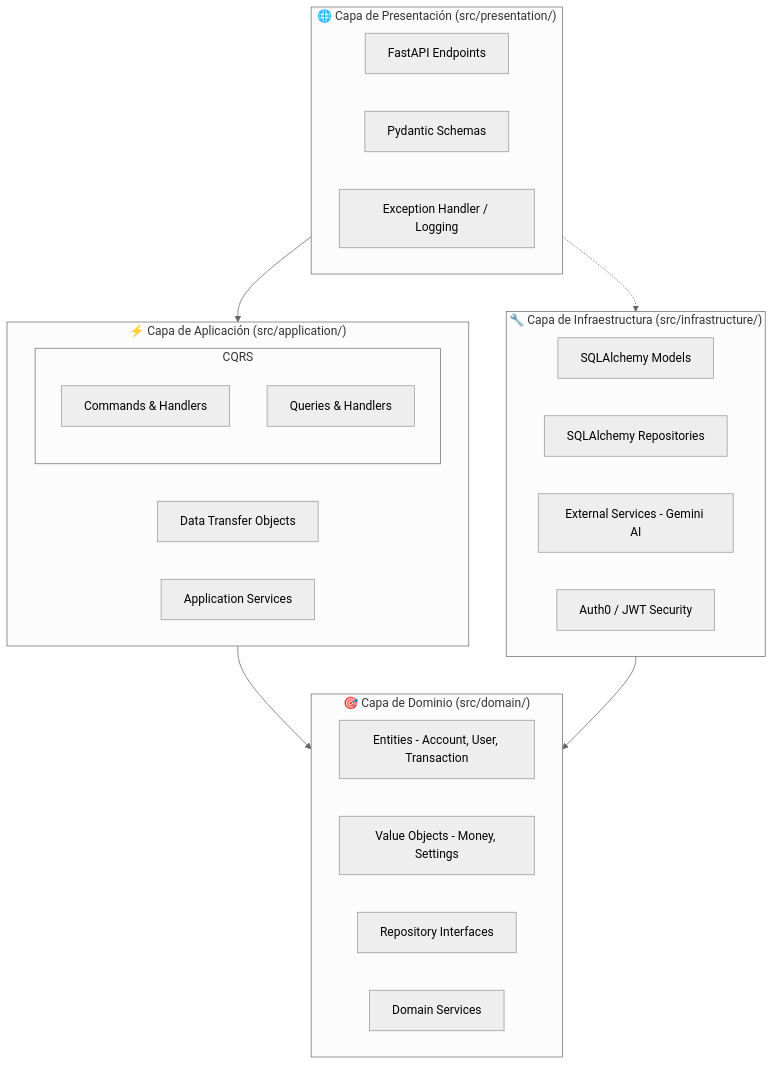
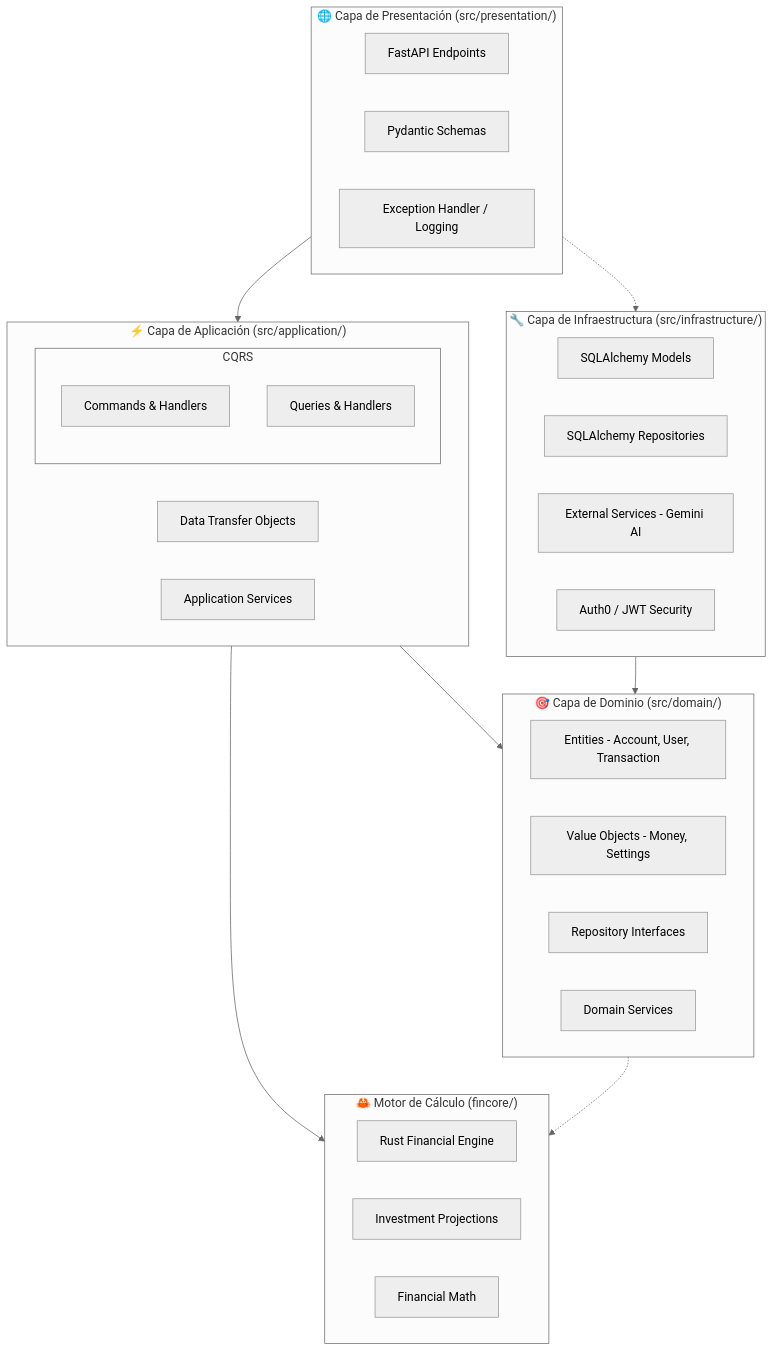
The first of 5 diagrams in docs/ARCHITECTURE.md (DiegoDG-01/LunanceIA), drawn with Mermaid (neutral theme) before and after one commit. The commit also changed other lines of this file and 1 other file, not shown here.

First line of the commit message:
Doc: Integrates and documents Rust financial core

````diff
--- a/docs/ARCHITECTURE.md
+++ b/docs/ARCHITECTURE.md
@@ -9,37 +9,45 @@
 ```mermaid
 graph TD
     subgraph Presentation ["🌐 Capa de Presentación (src/presentation/)"]
         API[FastAPI Endpoints]
         Schemas[Pydantic Schemas]
         Middleware[Exception Handler / Logging]
     end
 
     subgraph Application ["⚡ Capa de Aplicación (src/application/)"]
         subgraph CQRS
             Commands[Commands & Handlers]
             Queries[Queries & Handlers]
         end
         DTOs[Data Transfer Objects]
         ServicesApp[Application Services]
     end
 
     subgraph Domain ["🎯 Capa de Dominio (src/domain/)"]
         Entities[Entities - Account, User, Transaction]
         VO[Value Objects - Money, Settings]
         RepoInterfaces[Repository Interfaces]
         DomainServices[Domain Services]
     end
 
+    subgraph Core ["🦀 Motor de Cálculo (fincore/)"]
+        RustCore[Rust Financial Engine]
+        Projections[Investment Projections]
+        Math[Financial Math]
+    end
+
     subgraph Infrastructure ["🔧 Capa de Infraestructura (src/infrastructure/)"]
         DB[SQLAlchemy Models]
         SQLRepo[SQLAlchemy Repositories]
         ExtServices[External Services - Gemini AI]
         Security[Auth0 / JWT Security]
     end
 
     %% Dependencies
     Presentation --> Application
     Application --> Domain
     Infrastructure --> Domain
+    Application --> Core
+    Domain -.-> Core
     Presentation -.-> Infrastructure
 ```
````
